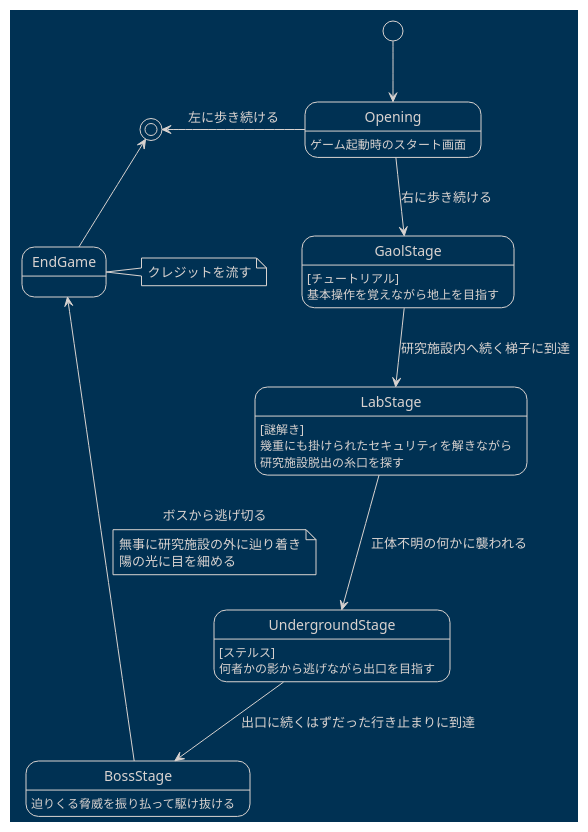
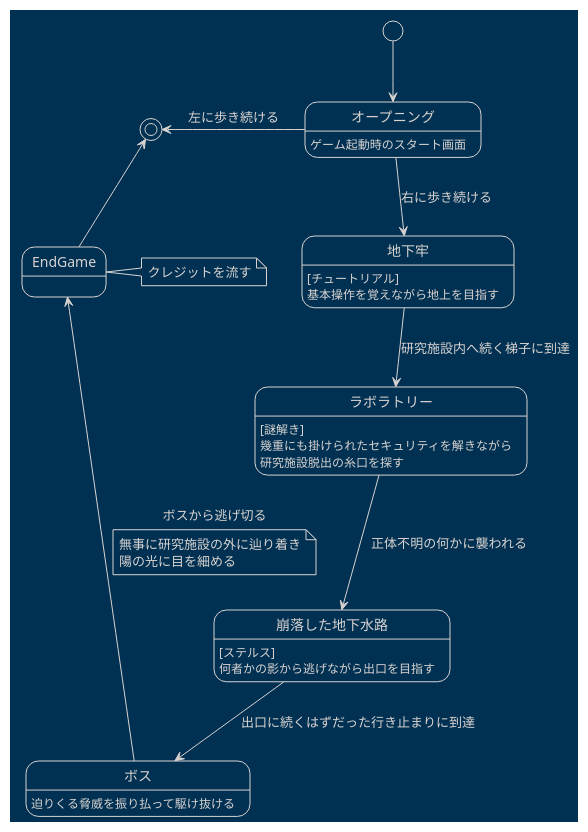
One commit to panno8M/Gamedev2022a changed the diagram in docs/umls/StageTransition.pu. Above: the diagram before and after it, drawn with PlantUML. The commit also changed 2 other files, not shown here.

```diff
--- a/docs/umls/StageTransition.pu
+++ b/docs/umls/StageTransition.pu
@@ -1,37 +1,42 @@
 @startuml Stage Transition
 !theme blueprint
 
+state "オープニング" as Opening
+state "地下牢" as GaolStage
+state "ラボラトリー" as LabStage
+state "崩落した地下水路" as UndergroundStage
+state "ボス" as BossStage
 
 [*] --> Opening
 
 Opening --> GaolStage : 右に歩き続ける
 GaolStage --> LabStage : 研究施設内へ続く梯子に到達
 LabStage --> UndergroundStage : 正体不明の何かに襲われる
 UndergroundStage --> BossStage : 出口に続くはずだった行き止まりに到達
 BossStage -u> EndGame : ボスから逃げ切る
 note on link
   無事に研究施設の外に辿り着き
   陽の光に目を細める
 end note
 EndGame -u-> [*]
 Opening -l> [*] : 左に歩き続ける
 
 Opening : ゲーム起動時のスタート画面
 
 GaolStage : [チュートリアル]
 GaolStage : 基本操作を覚えながら地上を目指す
 
 LabStage : [謎解き]
 LabStage : 幾重にも掛けられたセキュリティを解きながら
 LabStage : 研究施設脱出の糸口を探す
 
 UndergroundStage : [ステルス]
 UndergroundStage : 何者かの影から逃げながら出口を目指す
 
 BossStage : 迫りくる脅威を振り払って駆け抜ける
 
 note right of EndGame
   クレジットを流す
 end note
 
 @enduml
```
